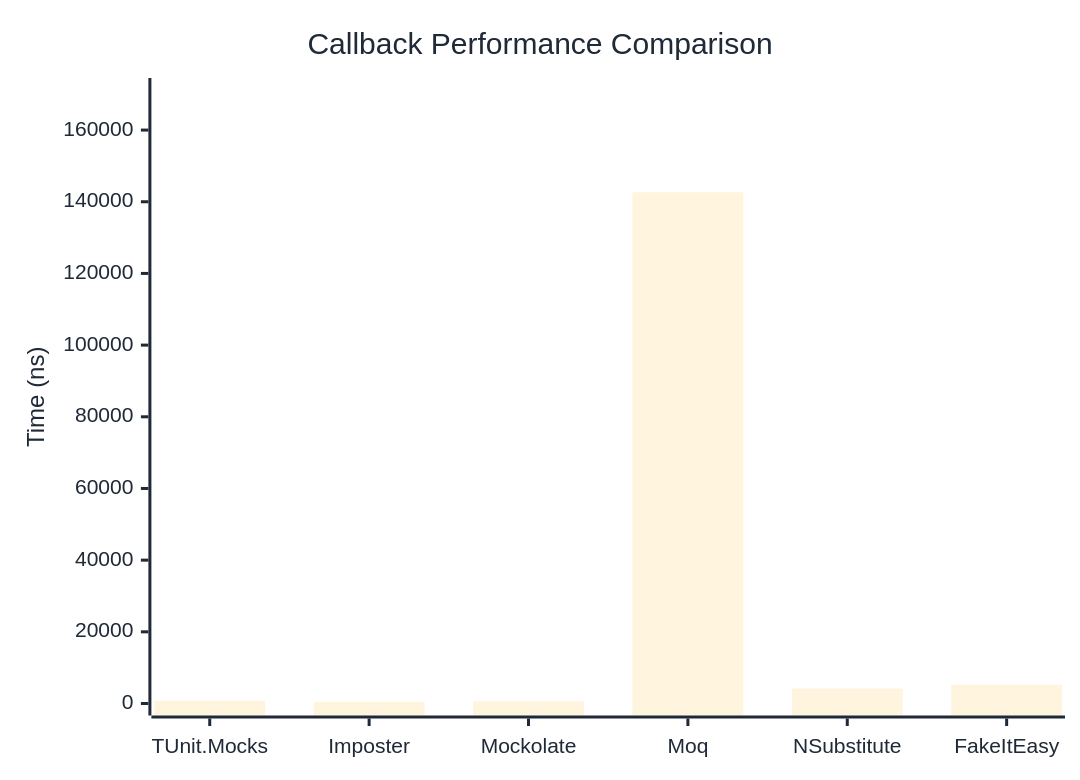
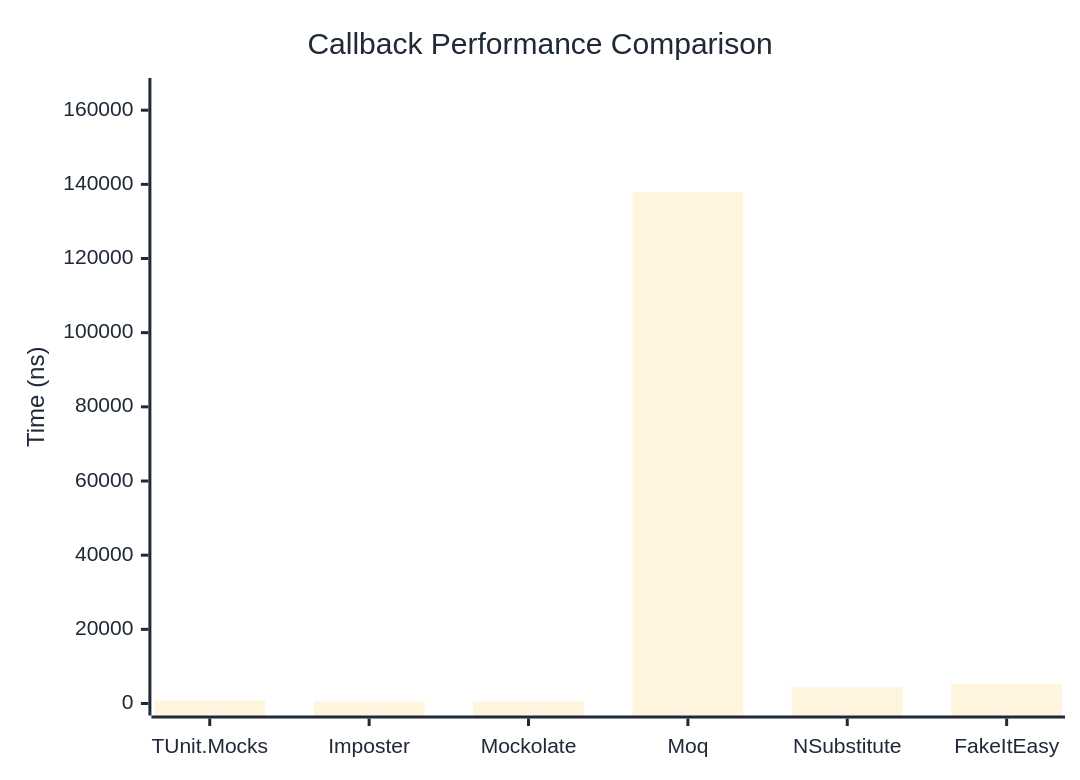
The first of 2 diagrams in docs/docs/benchmarks/mocks/Callback.md (thomhurst/TUnit), drawn with Mermaid before and after one commit. The commit also changed other lines of this file and 14 other files, not shown here.

````diff
--- a/docs/docs/benchmarks/mocks/Callback.md
+++ b/docs/docs/benchmarks/mocks/Callback.md
@@ -28,27 +28,27 @@
 ```mermaid
 %%{init: {
   'theme':'base',
   'themeVariables': {
     'primaryColor': '#2563eb',
     'primaryTextColor': '#1f2937',
     'primaryBorderColor': '#1e40af',
     'lineColor': '#6b7280',
     'secondaryColor': '#7c3aed',
     'tertiaryColor': '#dc2626',
     'background': '#ffffff',
     'pie1': '#2563eb',
     'pie2': '#7c3aed',
     'pie3': '#dc2626',
     'pie4': '#f59e0b',
     'pie5': '#10b981',
     'pie6': '#06b6d4',
     'pie7': '#ec4899',
     'pie8': '#6366f1'
   }
 }}%%
 xychart-beta
   title "Callback Performance Comparison"
   x-axis ["TUnit.Mocks", "Imposter", "Mockolate", "Moq", "NSubstitute", "FakeItEasy"]
-  y-axis "Time (ns)" 0 --> 171182
-  bar [788.7, 498.9, 605.7, 142651.5, 4178.9, 5247.9]
+  y-axis "Time (ns)" 0 --> 165446
+  bar [782.3, 511.9, 595.3, 137871.3, 4400.5, 5242.5]
 ```
````
